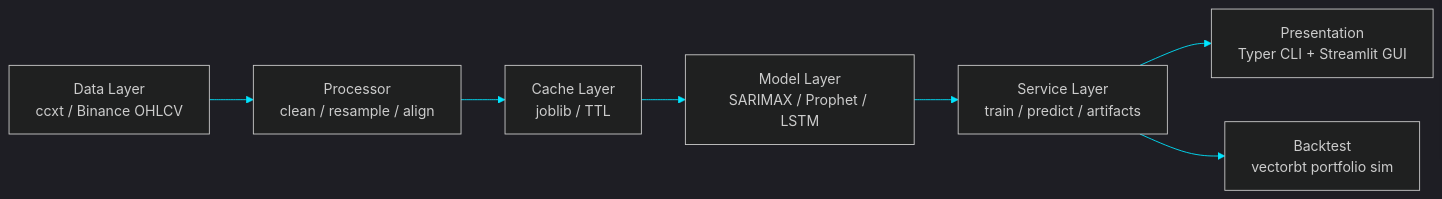
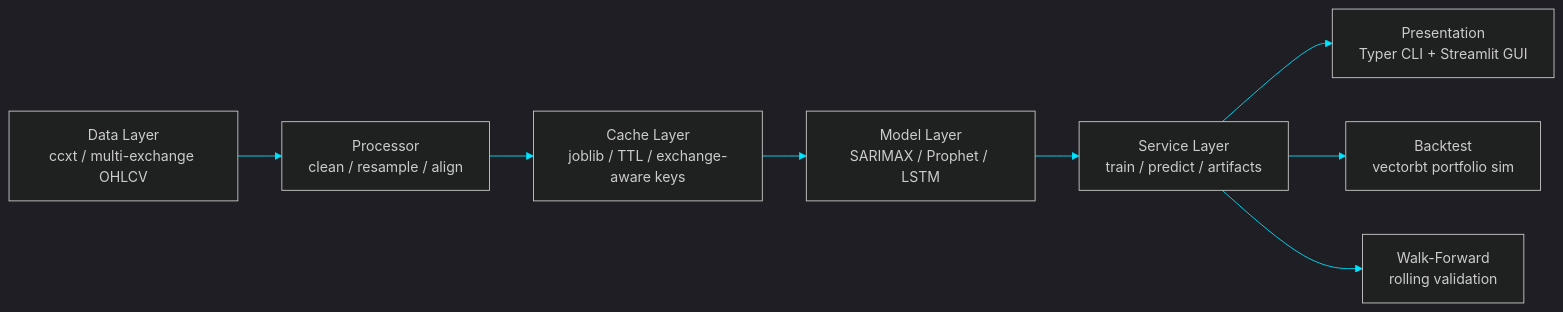
Before and after one commit to simwai/sarimax-ohlcv-prediction: the first of 4 diagrams in README.md, drawn with Mermaid. The commit also changed other lines of this file and 31 other files, not shown here.

Commit message:
feat: support all CCXT exchanges/pairs and add rolling walk-forward testing

````diff
--- a/README.md
+++ b/README.md
@@ -50,20 +50,21 @@
 ```mermaid
 ---
 config:
   theme: dark
   themeVariables:
     primaryColor: '#00e5ff'
     primaryTextColor: '#ffffff'
     primaryBorderColor: '#00e5ff'
     lineColor: '#00e5ff'
     secondaryColor: '#1a0b2e'
     tertiaryColor: '#1a0b2e'
 ---
 flowchart LR
-    A["Data Layer\nccxt / Binance OHLCV"] --> B["Processor\nclean / resample / align"]
-    B --> C["Cache Layer\njoblib / TTL"]
+    A["Data Layer\nccxt / multi-exchange OHLCV"] --> B["Processor\nclean / resample / align"]
+    B --> C["Cache Layer\njoblib / TTL / exchange-aware keys"]
     C --> D["Model Layer\nSARIMAX / Prophet / LSTM"]
     D --> E["Service Layer\ntrain / predict / artifacts"]
     E --> F["Presentation\nTyper CLI + Streamlit GUI"]
     E --> G["Backtest\nvectorbt portfolio sim"]
+    E --> H["Walk-Forward\nrolling validation"]
 ```
````
